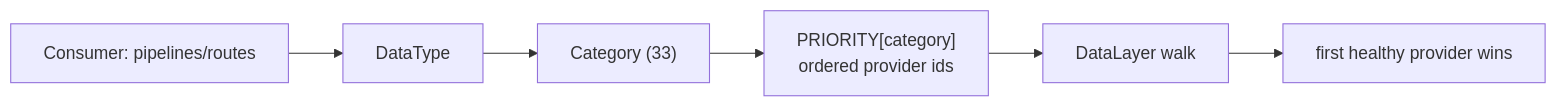
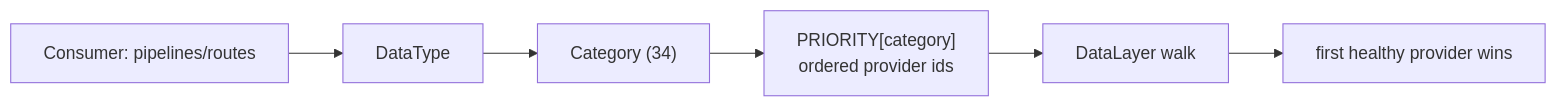
The diagram in finrobot_desktop/docs/DATA_PROVIDERS_V3_DESIGN.md (Ghostfusion/FinRobot), drawn with Mermaid before and after one commit. The commit also changed other lines of this file and 59 other files, not shown here.

````diff
--- a/finrobot_desktop/docs/DATA_PROVIDERS_V3_DESIGN.md
+++ b/finrobot_desktop/docs/DATA_PROVIDERS_V3_DESIGN.md
@@ -132,8 +132,8 @@
 ```mermaid
 flowchart LR
   C[Consumer: pipelines/routes] --> DT[DataType]
-  DT --> CAT["Category (33)"]
+  DT --> CAT["Category (34)"]
   CAT --> P["PRIORITY[category]<br/>ordered provider ids"]
   P --> L[DataLayer walk]
   L --> OK[first healthy provider wins]
 ```
````
